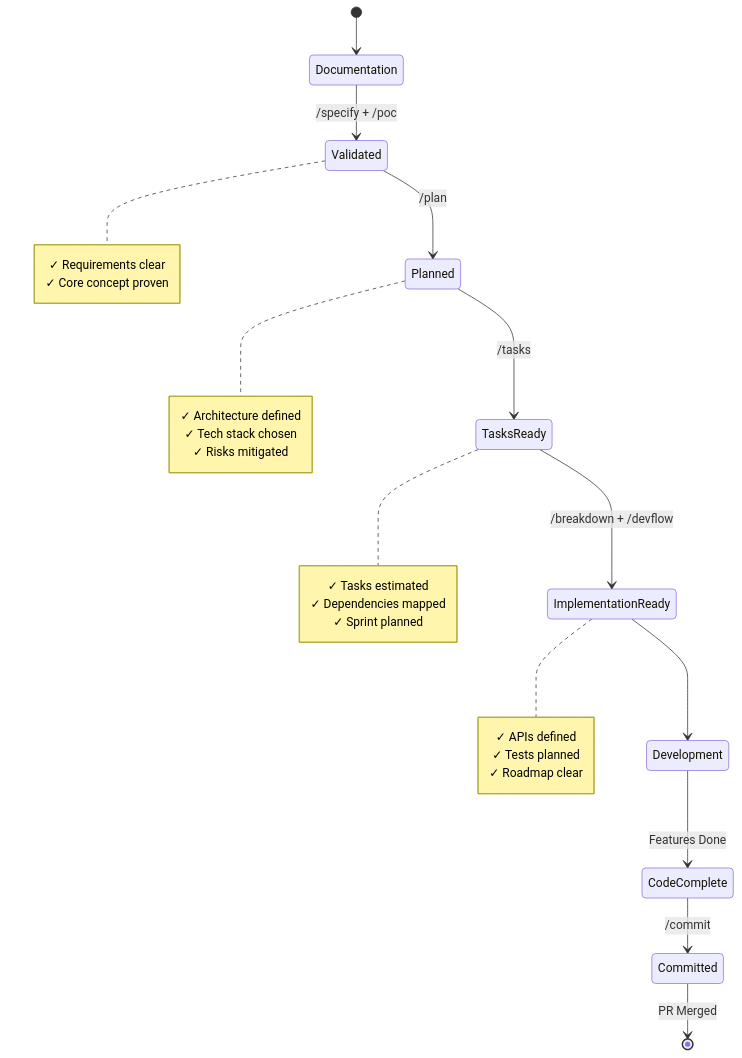
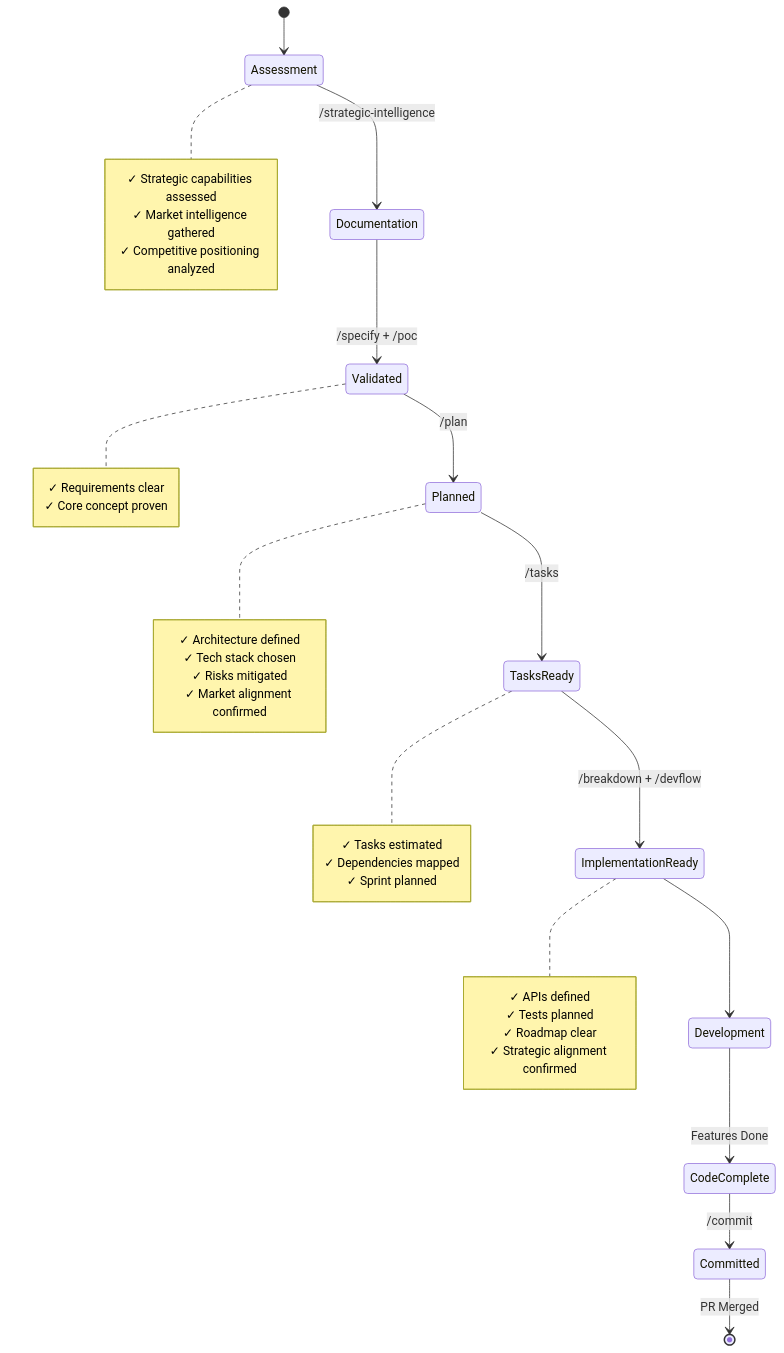
Before and after one commit to Mathews-Tom/sage-dev: diagram 17 of 22 in commands/WORKFLOW.md, drawn with Mermaid. The commit also changed other lines of this file and 3 other files, not shown here.

First line of the commit message:
Add /strategic-intelligence command and integrate across docs; remove legacy gap analysis

````diff
--- a/commands/WORKFLOW.md
+++ b/commands/WORKFLOW.md
@@ -448,37 +521,46 @@
 ```mermaid
 stateDiagram-v2
-    [*] --> Documentation
-    
+    [*] --> Assessment
+
+    Assessment --> Documentation: /strategic-intelligence
     Documentation --> Validated: /specify + /poc
     Validated --> Planned: /plan
     Planned --> TasksReady: /tasks
     TasksReady --> ImplementationReady: /breakdown + /devflow
-    
+
     ImplementationReady --> Development
     Development --> CodeComplete: Features Done
     CodeComplete --> Committed: /commit
     Committed --> [*]: PR Merged
-    
+
+    note right of Assessment
+        ✓ Strategic capabilities assessed
+        ✓ Market intelligence gathered
+        ✓ Competitive positioning analyzed
+    end note
+
     note right of Validated
         ✓ Requirements clear
         ✓ Core concept proven
     end note
-    
+
     note right of Planned
         ✓ Architecture defined
         ✓ Tech stack chosen
         ✓ Risks mitigated
+        ✓ Market alignment confirmed
     end note
-    
+
     note right of TasksReady
         ✓ Tasks estimated
         ✓ Dependencies mapped
         ✓ Sprint planned
     end note
-    
+
     note right of ImplementationReady
         ✓ APIs defined
         ✓ Tests planned
         ✓ Roadmap clear
+        ✓ Strategic alignment confirmed
     end note
 ```
````
